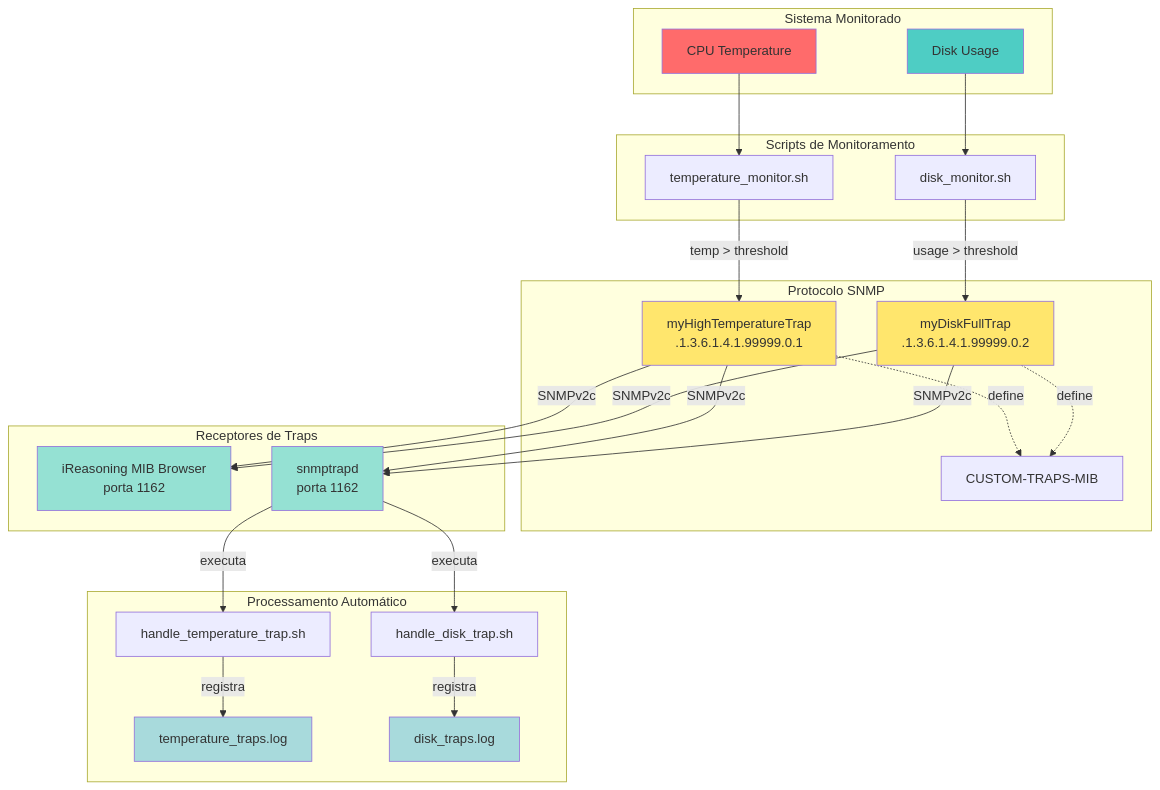
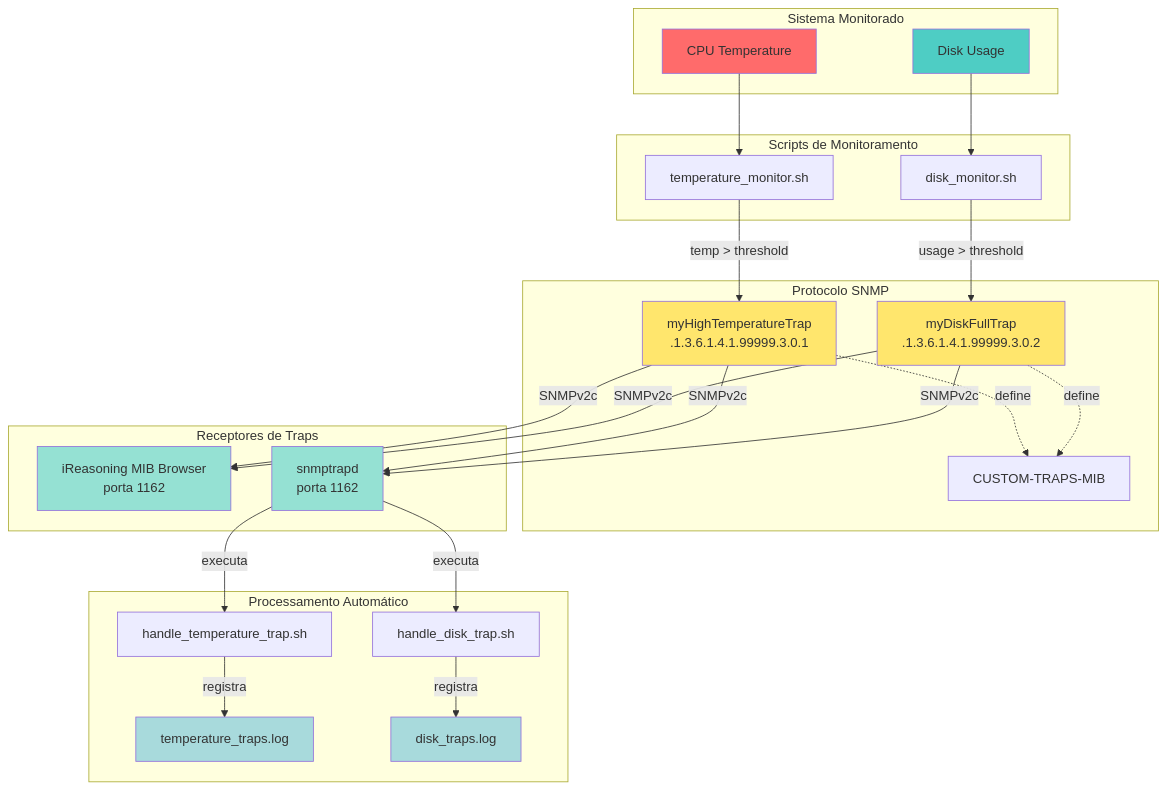
One commit to mdo-br/Gerencia_Redes changed the first of 2 diagrams in HandsOn/Tarefa03_Traps/README.md. Above: the diagram before and after it, drawn with Mermaid. The commit also changed other lines of this file and 5 other files, not shown here.

````diff
--- a/HandsOn/Tarefa03_Traps/README.md
+++ b/HandsOn/Tarefa03_Traps/README.md
@@ -16,60 +168,60 @@
 ```mermaid
 graph TB
     subgraph "Sistema Monitorado"
         TEMP[CPU Temperature]
         DISK[Disk Usage]
     end
     
     subgraph "Scripts de Monitoramento"
         TEMPMON[temperature_monitor.sh]
         DISKMON[disk_monitor.sh]
     end
     
     subgraph "Protocolo SNMP"
-        TRAP1["myHighTemperatureTrap<br/>.1.3.6.1.4.1.99999.0.1"]
-        TRAP2["myDiskFullTrap<br/>.1.3.6.1.4.1.99999.0.2"]
+        TRAP1["myHighTemperatureTrap<br/>.1.3.6.1.4.1.99999.3.0.1"]
+        TRAP2["myDiskFullTrap<br/>.1.3.6.1.4.1.99999.3.0.2"]
         MIB[CUSTOM-TRAPS-MIB]
     end
     
     subgraph "Receptores de Traps"
         IREASONING["iReasoning MIB Browser<br/>porta 1162"]
         SNMPTRAPD["snmptrapd<br/>porta 1162"]
     end
     
     subgraph "Processamento Automático"
         HANDLER1[handle_temperature_trap.sh]
         HANDLER2[handle_disk_trap.sh]
         LOG1["temperature_traps.log"]
         LOG2["disk_traps.log"]
     end
     
     TEMP --> TEMPMON
     DISK --> DISKMON
     
     TEMPMON -->|"temp > threshold"| TRAP1
     DISKMON -->|"usage > threshold"| TRAP2
     
     TRAP1 -.->|define| MIB
     TRAP2 -.->|define| MIB
     
     TRAP1 -->|SNMPv2c| IREASONING
     TRAP2 -->|SNMPv2c| IREASONING
     
     TRAP1 -->|SNMPv2c| SNMPTRAPD
     TRAP2 -->|SNMPv2c| SNMPTRAPD
     
     SNMPTRAPD -->|executa| HANDLER1
     SNMPTRAPD -->|executa| HANDLER2
     
     HANDLER1 -->|registra| LOG1
     HANDLER2 -->|registra| LOG2
     
     style TEMP fill:#ff6b6b
     style DISK fill:#4ecdc4
     style TRAP1 fill:#ffe66d
     style TRAP2 fill:#ffe66d
     style IREASONING fill:#95e1d3
     style SNMPTRAPD fill:#95e1d3
     style LOG1 fill:#a8dadc
     style LOG2 fill:#a8dadc
 ```
````
